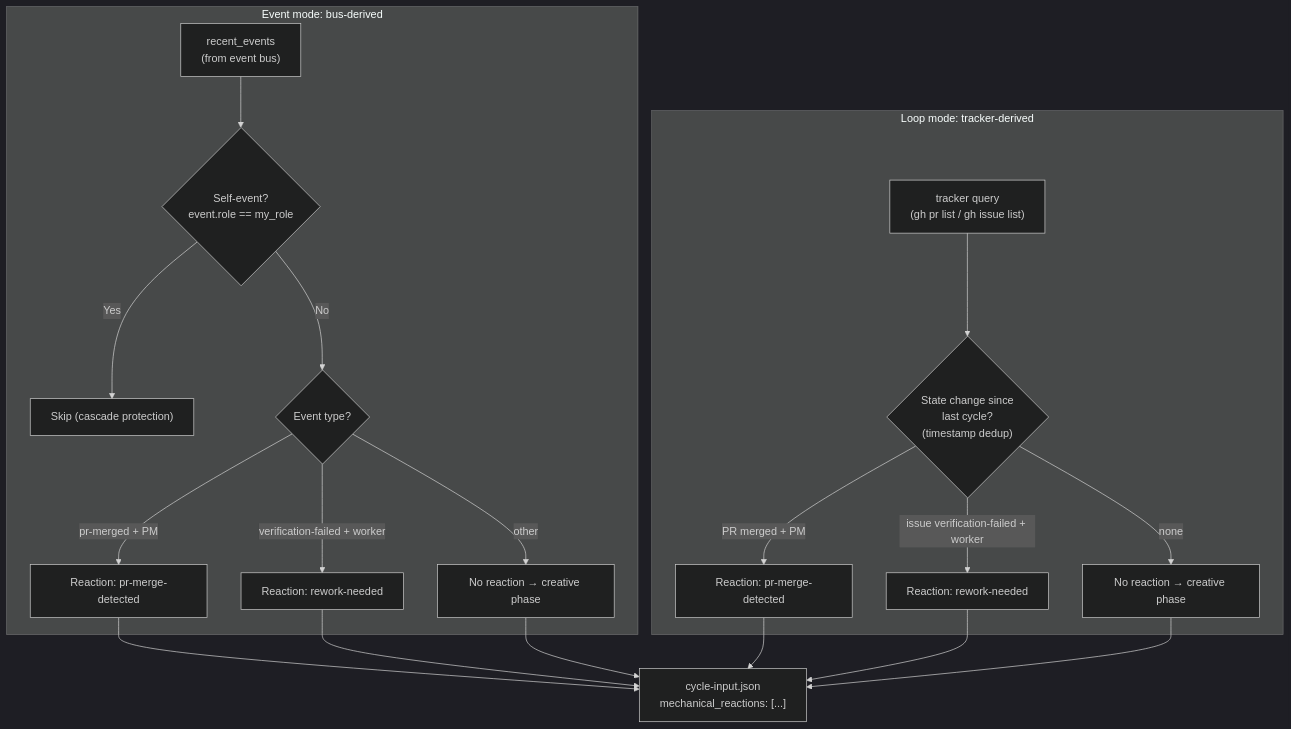
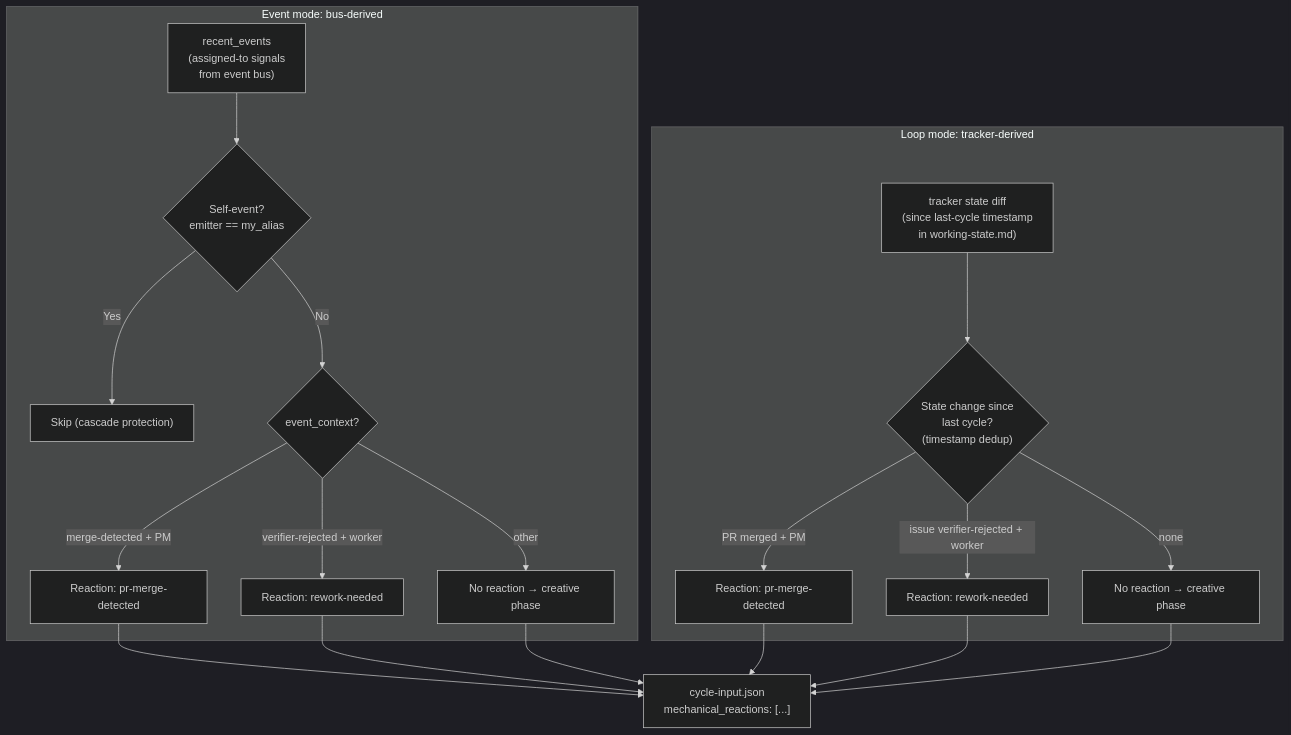
One commit to WallyDoodlez/SquidSquad changed the eighth of 16 diagrams in docs/AGENT-RUNTIME.md. Above: the diagram before and after it, drawn with Mermaid (dark theme). The commit also changed other lines of this file, not shown here.

Commit message:
docs: AGENT-RUNTIME §4.5 mechanical-reactions diagram — v2 catalog alignment
DS pass 2 (M1): §4.5 event_mode subgraph branched on v1 event types
(pr-merged, verification-failed) that no longer exist as top-level
signals per §4.2's v2 catalog collapse. Same drift class as H1 from
pass 1, in a different diagram.

Fix:
- event_mode subgraph now branches on event_context within assigned-to
  (merge-detected + PM, verifier-rejected + worker) per §4.2 catalog
- loop_mode subgraph: "tracker query" relabeled "tracker state diff
  (since last-cycle timestamp in working-state.md)" to match §6.3
  state-diff framing (DS L2)
- self-event filter uses emitter/my_alias terms (consistent with §7.4
  care filter), not role/my_role
- Added "v2 catalog alignment" callout below diagram explaining why
  event mode branches on event_context, not event type

````diff
--- a/docs/AGENT-RUNTIME.md
+++ b/docs/AGENT-RUNTIME.md
@@ -467,25 +467,25 @@
 ```mermaid
 flowchart TD
     subgraph event_mode["Event mode: bus-derived"]
-        EVENTS["recent_events<br/>(from event bus)"] --> SF{"Self-event?<br/>event.role == my_role"}
+        EVENTS["recent_events<br/>(assigned-to signals<br/>from event bus)"] --> SF{"Self-event?<br/>emitter == my_alias"}
         SF -->|Yes| SKIP["Skip (cascade protection)"]
-        SF -->|No| TYPE_E{"Event type?"}
-        TYPE_E -->|pr-merged + PM| R1E["Reaction: pr-merge-detected"]
-        TYPE_E -->|verification-failed + worker| R2E["Reaction: rework-needed"]
-        TYPE_E -->|other| PASS_E["No reaction → creative phase"]
+        SF -->|No| CTX_E{"event_context?"}
+        CTX_E -->|"merge-detected + PM"| R1E["Reaction: pr-merge-detected"]
+        CTX_E -->|"verifier-rejected + worker"| R2E["Reaction: rework-needed"]
+        CTX_E -->|other| PASS_E["No reaction → creative phase"]
     end
 
     subgraph loop_mode["Loop mode: tracker-derived"]
-        TRACKER["tracker query<br/>(gh pr list / gh issue list)"] --> DELTA{"State change since<br/>last cycle?<br/>(timestamp dedup)"}
+        TRACKER["tracker state diff<br/>(since last-cycle timestamp<br/>in working-state.md)"] --> DELTA{"State change since<br/>last cycle?<br/>(timestamp dedup)"}
         DELTA -->|PR merged + PM| R1L["Reaction: pr-merge-detected"]
-        DELTA -->|issue verification-failed + worker| R2L["Reaction: rework-needed"]
+        DELTA -->|issue verifier-rejected + worker| R2L["Reaction: rework-needed"]
         DELTA -->|none| PASS_L["No reaction → creative phase"]
     end
 
     R1E --> CIJ["cycle-input.json<br/>mechanical_reactions: [...]"]
     R2E --> CIJ
     PASS_E --> CIJ
     R1L --> CIJ
     R2L --> CIJ
     PASS_L --> CIJ
 ```
````
